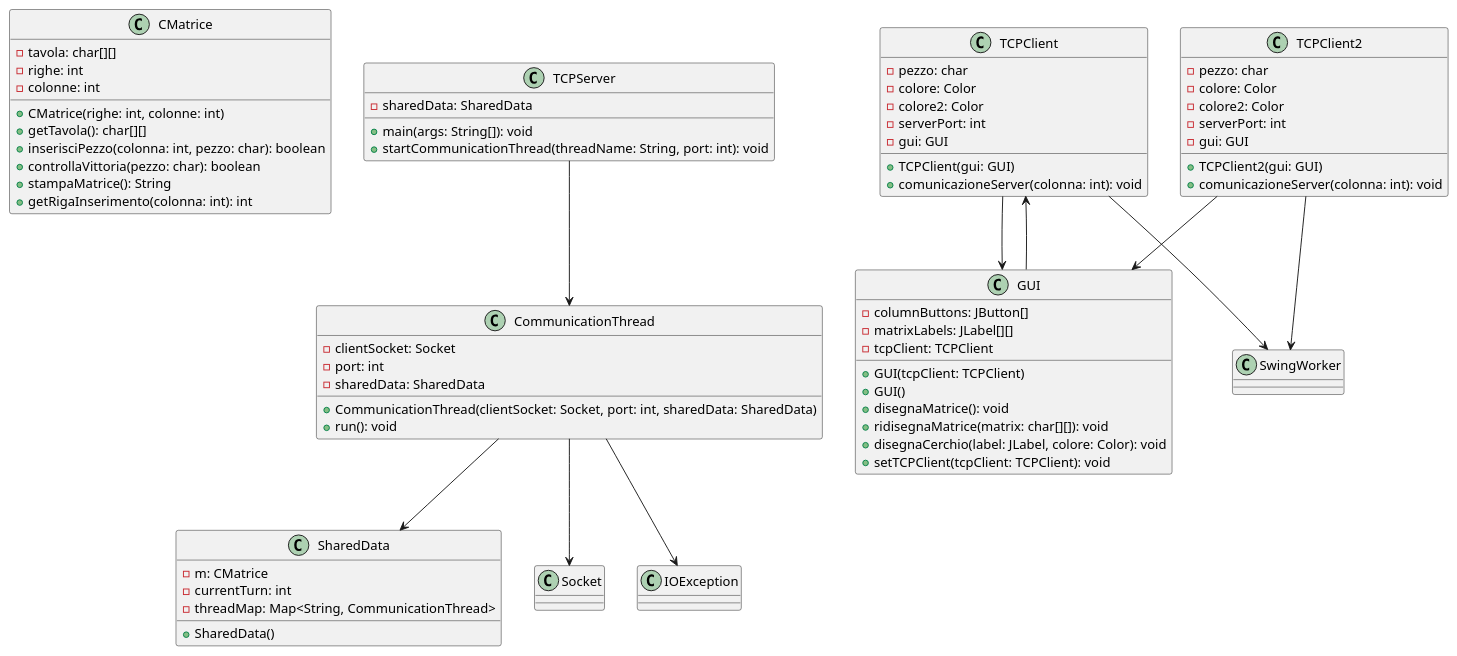
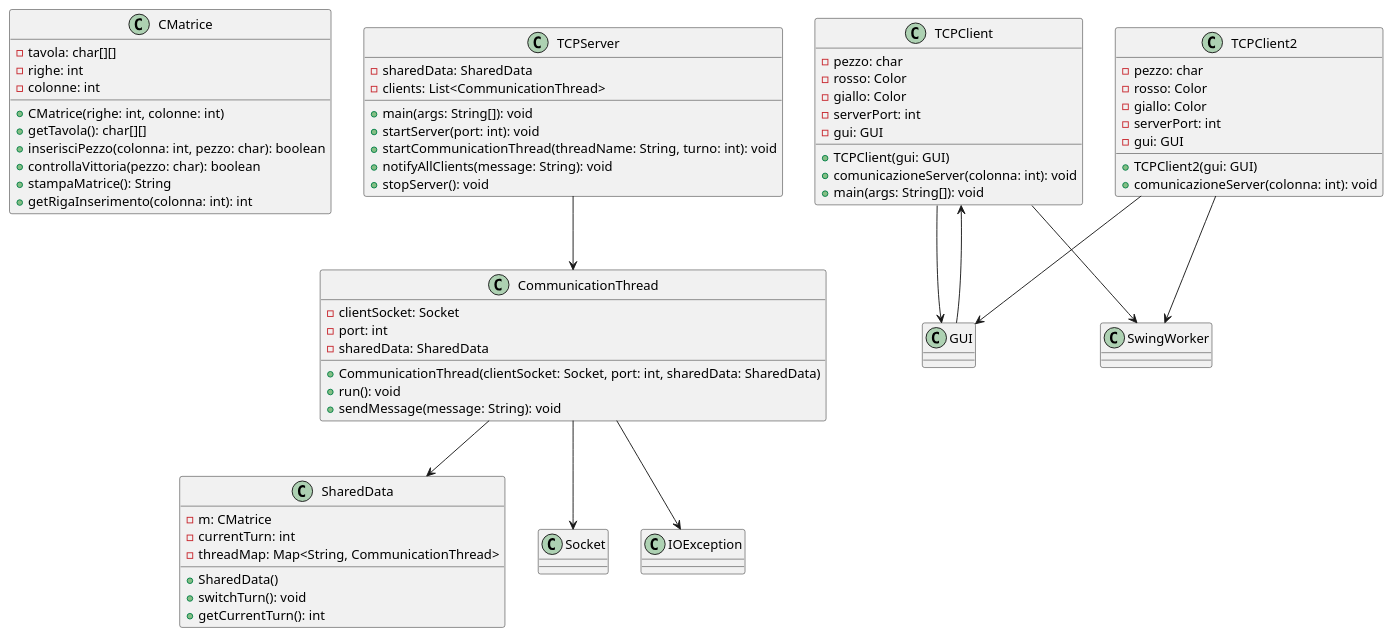
One commit to filMolteni/progetto_tcp changed the diagram in documentazione/classDiagram.plantuml. Above: the diagram before and after it, drawn with PlantUML. The commit also changed 11 other files, not shown here.

```diff
--- a/documentazione/classDiagram.plantuml
+++ b/documentazione/classDiagram.plantuml
@@ -1,86 +1,81 @@
 @startuml
 
 class CMatrice {
   - tavola: char[][]
   - righe: int
   - colonne: int
 
   + CMatrice(righe: int, colonne: int)
   + getTavola(): char[][]
   + inserisciPezzo(colonna: int, pezzo: char): boolean
   + controllaVittoria(pezzo: char): boolean
   + stampaMatrice(): String
   + getRigaInserimento(colonna: int): int
 }
 
 class SharedData {
   - m: CMatrice
   - currentTurn: int
   - threadMap: Map<String, CommunicationThread>
 
   + SharedData()
+  + switchTurn(): void
+  + getCurrentTurn(): int
 }
 
 class CommunicationThread {
   - clientSocket: Socket
   - port: int
   - sharedData: SharedData
 
   + CommunicationThread(clientSocket: Socket, port: int, sharedData: SharedData)
   + run(): void
+  + sendMessage(message: String): void
 }
 
 class TCPServer {
   - sharedData: SharedData
+  - clients: List<CommunicationThread>
 
   + main(args: String[]): void
-  + startCommunicationThread(threadName: String, port: int): void
+  + startServer(port: int): void
+  + startCommunicationThread(threadName: String, turno: int): void
+  + notifyAllClients(message: String): void
+  + stopServer(): void
 }
 
 class TCPClient {
   - pezzo: char
-  - colore: Color
-  - colore2: Color
+  - rosso: Color
+  - giallo: Color
   - serverPort: int
   - gui: GUI
 
   + TCPClient(gui: GUI)
   + comunicazioneServer(colonna: int): void
-}
-
-class GUI {
-  - columnButtons: JButton[]
-  - matrixLabels: JLabel[][]
-  - tcpClient: TCPClient
-
-  + GUI(tcpClient: TCPClient)
-  + GUI()
-  + disegnaMatrice(): void
-  + ridisegnaMatrice(matrix: char[][]): void
-  + disegnaCerchio(label: JLabel, colore: Color): void
-  + setTCPClient(tcpClient: TCPClient): void
+  + main(args: String[]): void
 }
 
 GUI --> TCPClient
 TCPClient --> GUI
 TCPClient --> SwingWorker
 TCPServer --> CommunicationThread
 CommunicationThread --> Socket
 CommunicationThread --> SharedData
 CommunicationThread --> IOException
 
 class TCPClient2 {
   - pezzo: char
-  - colore: Color
-  - colore2: Color
+  - rosso: Color
+  - giallo: Color
   - serverPort: int
   - gui: GUI
 
   + TCPClient2(gui: GUI)
   + comunicazioneServer(colonna: int): void
 }
 
 TCPClient2 --> GUI
 TCPClient2 --> SwingWorker
 
 @enduml
```
